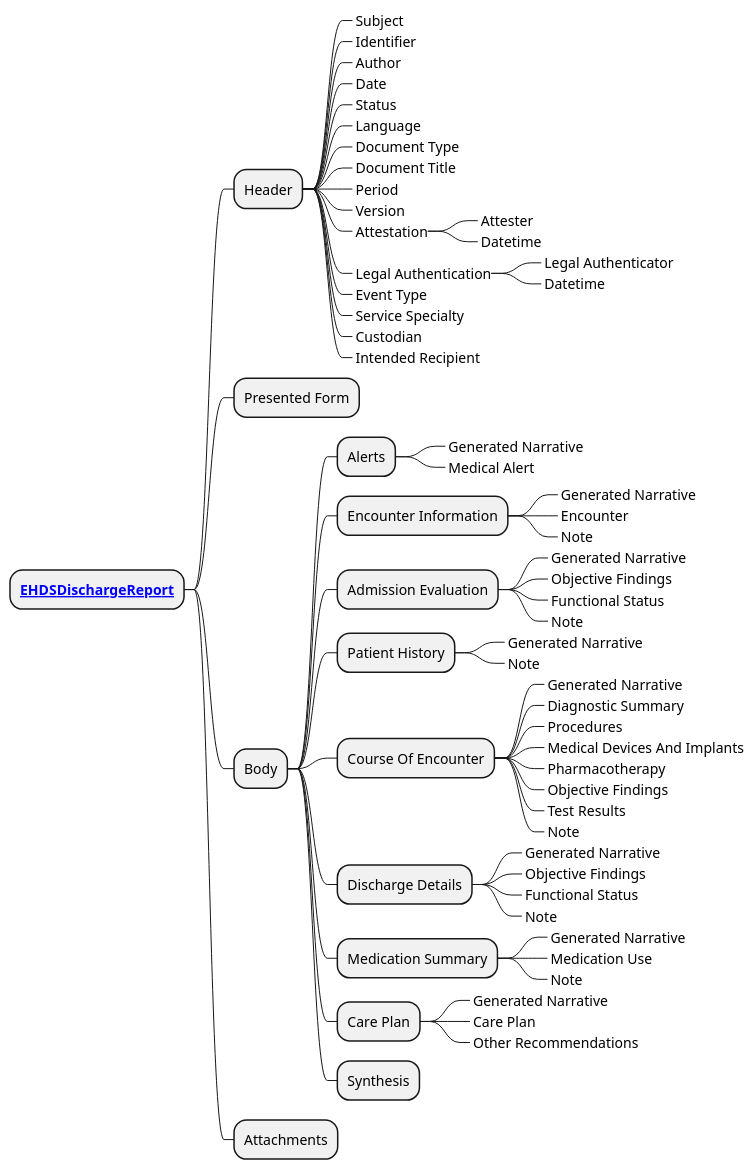
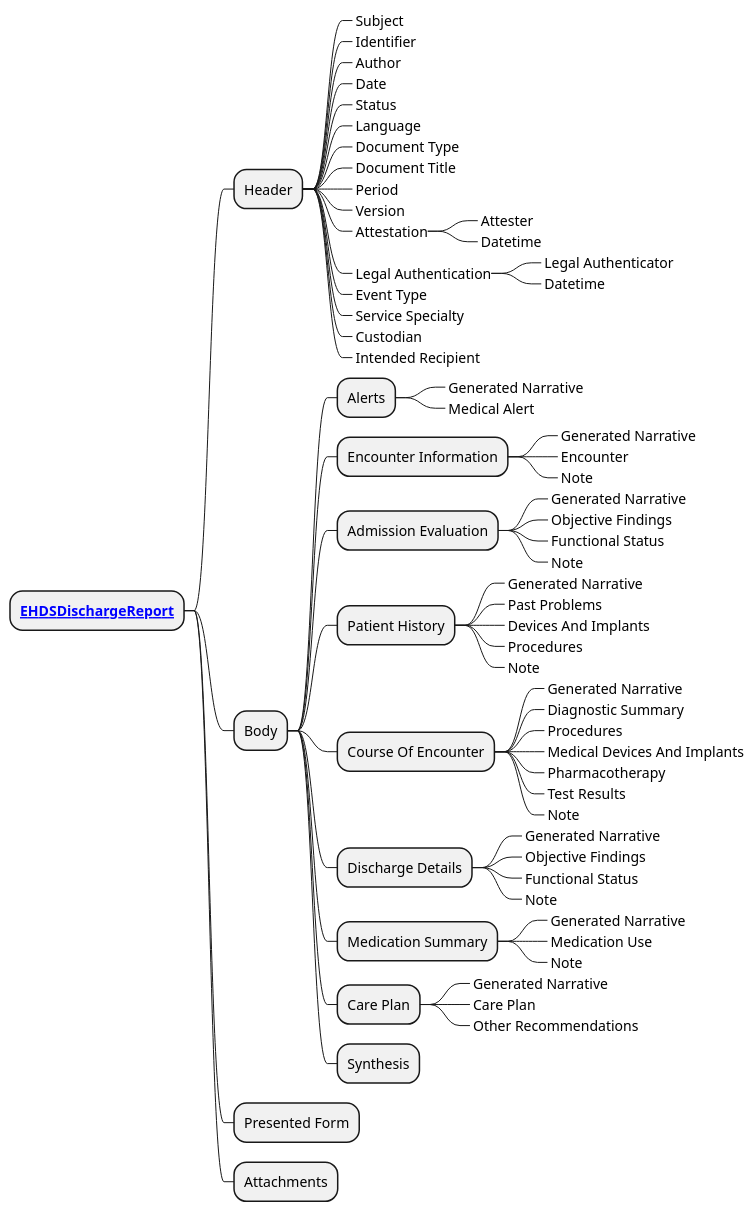
Before and after one commit to Xt-EHR/xt-ehr-common: the diagram in input/images-source/EHDSDischargeReport.plantuml, drawn with PlantUML.

```diff
--- a/input/images-source/EHDSDischargeReport.plantuml
+++ b/input/images-source/EHDSDischargeReport.plantuml
@@ -1,67 +1,69 @@
 @startmindmap
 skinparam topurl StructureDefinition-
 
 * **[[EHDSDischargeReport.html EHDSDischargeReport]]**
 ** Header
 ***_ Subject
 ***_ Identifier
 ***_ Author
 ***_ Date
 ***_ Status
 ***_ Language
 ***_ Document Type
 ***_ Document Title
 ***_ Period
 ***_ Version
 ***_ Attestation
 ****_ Attester
 ****_ Datetime
 ***_ Legal Authentication
 ****_ Legal Authenticator
 ****_ Datetime
 ***_ Event Type
 ***_ Service Specialty
 ***_ Custodian
 ***_ Intended Recipient
-** Presented Form
 ** Body
 *** Alerts
 ****_ Generated Narrative
 ****_ Medical Alert
 *** Encounter Information
 ****_ Generated Narrative
 ****_ Encounter
 ****_ Note
 *** Admission Evaluation
 ****_ Generated Narrative
 ****_ Objective Findings
 ****_ Functional Status
 ****_ Note
 *** Patient History
 ****_ Generated Narrative
+****_ Past Problems
+****_ Devices And Implants
+****_ Procedures
 ****_ Note
 *** Course Of Encounter
 ****_ Generated Narrative
 ****_ Diagnostic Summary
 ****_ Procedures
 ****_ Medical Devices And Implants
 ****_ Pharmacotherapy
-****_ Objective Findings
 ****_ Test Results
 ****_ Note
 *** Discharge Details
 ****_ Generated Narrative
 ****_ Objective Findings
 ****_ Functional Status
 ****_ Note
 *** Medication Summary
 ****_ Generated Narrative
 ****_ Medication Use
 ****_ Note
 *** Care Plan
 ****_ Generated Narrative
 ****_ Care Plan
 ****_ Other Recommendations
 *** Synthesis
+** Presented Form
 ** Attachments
 @endmindmap
```
